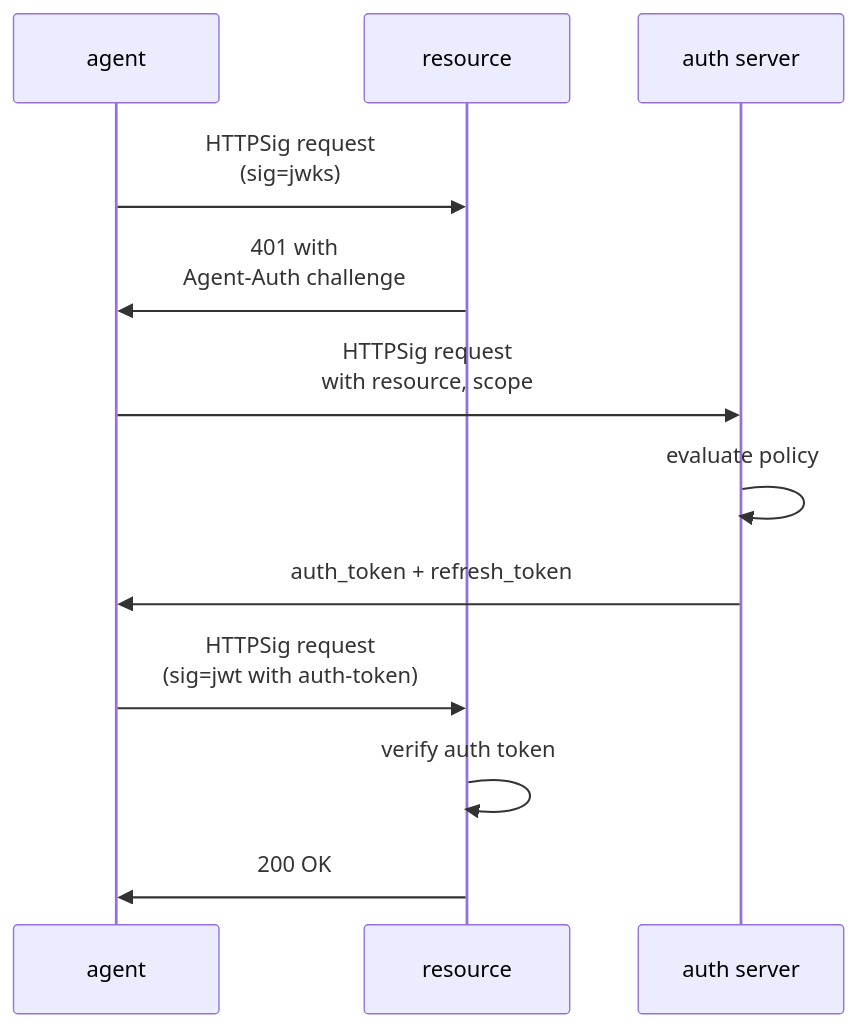
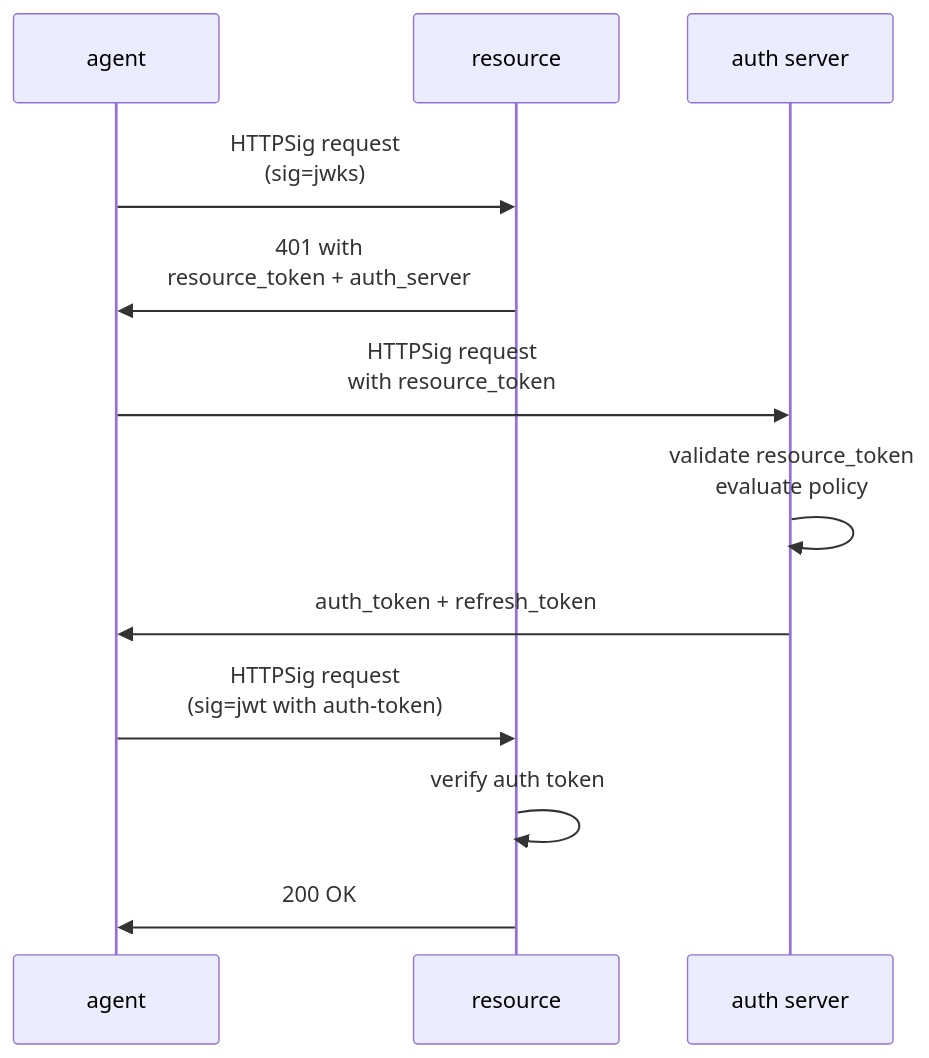
Before and after one commit to dickhardt/agent-auth: the fourth of 10 diagrams in README.md, drawn with Mermaid. The commit also changed other lines of this file, not shown here.

First line of the commit message:
Add resource identity as first-class protocol feature

````diff
--- a/README.md
+++ b/README.md
@@ -229,17 +236,17 @@
 ```mermaid
 sequenceDiagram
     participant Agent as agent
     participant Resource as resource
     participant Auth as auth server
 
     Agent->>Resource: HTTPSig request<br/>(sig=jwks)
-    Resource->>Agent: 401 with<br/>Agent-Auth challenge
+    Resource->>Agent: 401 with<br/>resource_token + auth_server
 
-    Agent->>Auth: HTTPSig request<br/>with resource, scope
-    Auth->>Auth: evaluate policy
+    Agent->>Auth: HTTPSig request<br/>with resource_token
+    Auth->>Auth: validate resource_token<br/>evaluate policy
     Auth->>Agent: auth_token + refresh_token
 
     Agent->>Resource: HTTPSig request<br/>(sig=jwt with auth-token)
     Resource->>Resource: verify auth token
     Resource->>Agent: 200 OK
 ```
````
